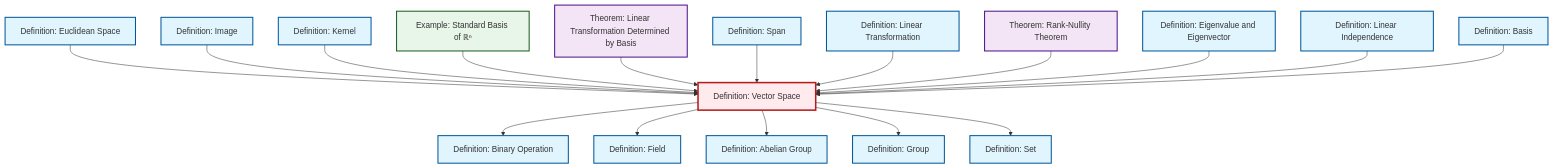
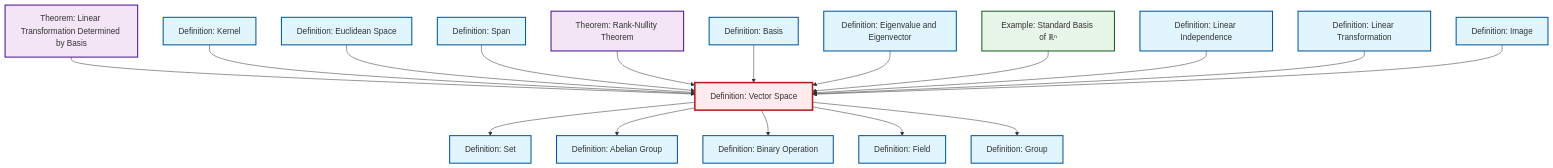
The diagram in content/ja/algebra/def-vector-space.qmd (RK0429/ModernMath), drawn with Mermaid before and after one commit. The commit also changed other lines of this file and 531 other files, not shown here.

````diff
--- a/content/ja/algebra/def-vector-space.qmd
+++ b/content/ja/algebra/def-vector-space.qmd
@@ -56,59 +56,59 @@
 ```{mermaid}
 %%| fig-cap: "Local dependency graph"
 graph TD
     classDef definition fill:#e1f5fe,stroke:#01579b,stroke-width:2px
     classDef theorem fill:#f3e5f5,stroke:#4a148c,stroke-width:2px
     classDef axiom fill:#fff3e0,stroke:#e65100,stroke-width:2px
     classDef example fill:#e8f5e9,stroke:#1b5e20,stroke-width:2px
     classDef current fill:#ffebee,stroke:#b71c1c,stroke-width:3px
+    def-abelian-group["Definition: Abelian Group"]:::definition
+    def-set["Definition: Set"]:::definition
+    thm-linear-transformation-basis["Theorem: Linear Transformation Determined by Basis"]:::theorem
+    thm-rank-nullity["Theorem: Rank-Nullity Theorem"]:::theorem
     def-field["Definition: Field"]:::definition
+    def-image["Definition: Image"]:::definition
+    ex-standard-basis-rn["Example: Standard Basis of ℝⁿ"]:::example
+    def-euclidean-space["Definition: Euclidean Space"]:::definition
+    def-group["Definition: Group"]:::definition
+    def-linear-transformation["Definition: Linear Transformation"]:::definition
+    def-eigenvalue-eigenvector["Definition: Eigenvalue and Eigenvector"]:::definition
+    def-vector-space["Definition: Vector Space"]:::definition
+    def-span["Definition: Span"]:::definition
+    def-binary-operation["Definition: Binary Operation"]:::definition
+    def-linear-independence["Definition: Linear Independence"]:::definition
+    def-basis["Definition: Basis"]:::definition
     def-kernel["Definition: Kernel"]:::definition
-    def-eigenvalue-eigenvector["Definition: Eigenvalue and Eigenvector"]:::definition
-    def-set["Definition: Set"]:::definition
-    thm-rank-nullity["Theorem: Rank-Nullity Theorem"]:::theorem
-    def-vector-space["Definition: Vector Space"]:::definition
-    def-basis["Definition: Basis"]:::definition
-    def-image["Definition: Image"]:::definition
-    def-euclidean-space["Definition: Euclidean Space"]:::definition
-    def-binary-operation["Definition: Binary Operation"]:::definition
-    def-linear-transformation["Definition: Linear Transformation"]:::definition
-    def-linear-independence["Definition: Linear Independence"]:::definition
-    def-group["Definition: Group"]:::definition
-    ex-standard-basis-rn["Example: Standard Basis of ℝⁿ"]:::example
-    thm-linear-transformation-basis["Theorem: Linear Transformation Determined by Basis"]:::theorem
-    def-abelian-group["Definition: Abelian Group"]:::definition
-    def-span["Definition: Span"]:::definition
+    def-vector-space --> def-set
+    thm-linear-transformation-basis --> def-vector-space
+    def-kernel --> def-vector-space
+    def-euclidean-space --> def-vector-space
+    def-span --> def-vector-space
+    thm-rank-nullity --> def-vector-space
+    def-basis --> def-vector-space
+    def-vector-space --> def-abelian-group
     def-vector-space --> def-binary-operation
+    def-eigenvalue-eigenvector --> def-vector-space
+    ex-standard-basis-rn --> def-vector-space
+    def-linear-independence --> def-vector-space
     def-vector-space --> def-field
-    def-vector-space --> def-abelian-group
-    def-euclidean-space --> def-vector-space
+    def-linear-transformation --> def-vector-space
     def-image --> def-vector-space
-    def-kernel --> def-vector-space
-    ex-standard-basis-rn --> def-vector-space
-    thm-linear-transformation-basis --> def-vector-space
-    def-span --> def-vector-space
-    def-linear-transformation --> def-vector-space
     def-vector-space --> def-group
-    thm-rank-nullity --> def-vector-space
-    def-eigenvalue-eigenvector --> def-vector-space
-    def-vector-space --> def-set
-    def-linear-independence --> def-vector-space
-    def-basis --> def-vector-space
     class def-vector-space current
+    click def-abelian-group "def-abelian-group.html" "Definition: Abelian Groupへ"
+    click def-set "def-set.html" "Definition: Setへ"
+    click thm-linear-transformation-basis "thm-linear-transformation-basis.html" "Theorem: Linear Transformation Determined by Basisへ"
+    click thm-rank-nullity "thm-rank-nullity.html" "Theorem: Rank-Nullity Theoremへ"
     click def-field "def-field.html" "Definition: Fieldへ"
+    click def-image "def-image.html" "Definition: Imageへ"
+    click ex-standard-basis-rn "ex-standard-basis-rn.html" "Example: Standard Basis of ℝⁿへ"
+    click def-euclidean-space "def-euclidean-space.html" "Definition: Euclidean Spaceへ"
+    click def-group "def-group.html" "Definition: Groupへ"
+    click def-linear-transformation "def-linear-transformation.html" "Definition: Linear Transformationへ"
+    click def-eigenvalue-eigenvector "def-eigenvalue-eigenvector.html" "Definition: Eigenvalue and Eigenvectorへ"
+    click def-span "def-span.html" "Definition: Spanへ"
+    click def-binary-operation "def-binary-operation.html" "Definition: Binary Operationへ"
+    click def-linear-independence "def-linear-independence.html" "Definition: Linear Independenceへ"
+    click def-basis "def-basis.html" "Definition: Basisへ"
     click def-kernel "def-kernel.html" "Definition: Kernelへ"
-    click def-eigenvalue-eigenvector "def-eigenvalue-eigenvector.html" "Definition: Eigenvalue and Eigenvectorへ"
-    click def-set "def-set.html" "Definition: Setへ"
-    click thm-rank-nullity "thm-rank-nullity.html" "Theorem: Rank-Nullity Theoremへ"
-    click def-basis "def-basis.html" "Definition: Basisへ"
-    click def-image "def-image.html" "Definition: Imageへ"
-    click def-euclidean-space "def-euclidean-space.html" "Definition: Euclidean Spaceへ"
-    click def-binary-operation "def-binary-operation.html" "Definition: Binary Operationへ"
-    click def-linear-transformation "def-linear-transformation.html" "Definition: Linear Transformationへ"
-    click def-linear-independence "def-linear-independence.html" "Definition: Linear Independenceへ"
-    click def-group "def-group.html" "Definition: Groupへ"
-    click ex-standard-basis-rn "ex-standard-basis-rn.html" "Example: Standard Basis of ℝⁿへ"
-    click thm-linear-transformation-basis "thm-linear-transformation-basis.html" "Theorem: Linear Transformation Determined by Basisへ"
-    click def-abelian-group "def-abelian-group.html" "Definition: Abelian Groupへ"
-    click def-span "def-span.html" "Definition: Spanへ"
 ```
````
